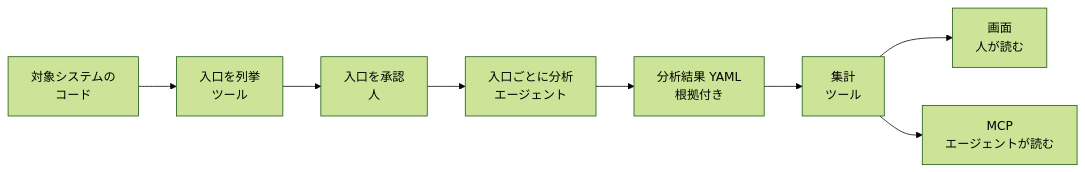
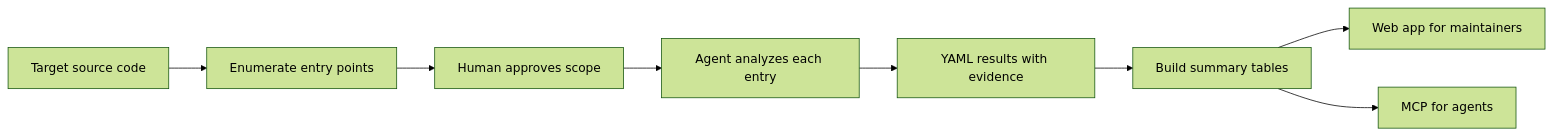
Before and after one commit to suwa-sh/as-built-atlas: the first of 3 diagrams in README.md, drawn with Mermaid (forest theme). The commit also changed other lines of this file and 2 other files, not shown here.

````diff
--- a/README.md
+++ b/README.md
@@ -33,10 +24,10 @@
 ```mermaid
 flowchart LR
-  T[対象システムの<br>コード] --> E[入口を列挙<br>ツール]
-  E --> H[入口を承認<br>人]
-  H --> A[入口ごとに分析<br>エージェント]
-  A --> Y[分析結果 YAML<br>根拠付き]
-  Y --> B[集計<br>ツール]
-  B --> W[画面<br>人が読む]
-  B --> M[MCP<br>エージェントが読む]
+  T["Target source code"] --> E["Enumerate entry points"]
+  E --> H["Human approves scope"]
+  H --> A["Agent analyzes each entry"]
+  A --> Y["YAML results with evidence"]
+  Y --> B["Build summary tables"]
+  B --> W["Web app for maintainers"]
+  B --> M["MCP for agents"]
 ```
````
